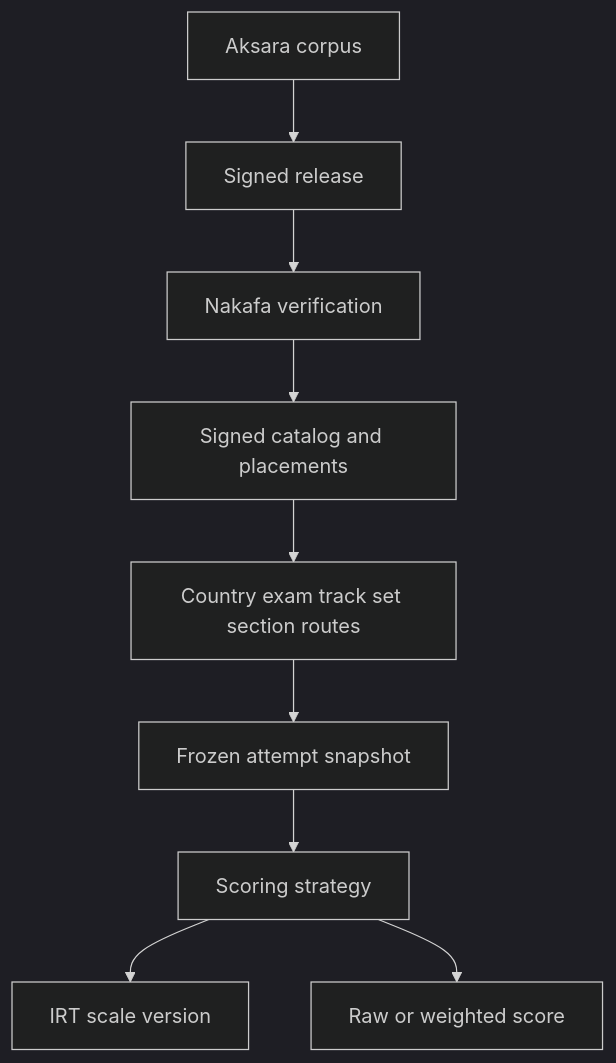
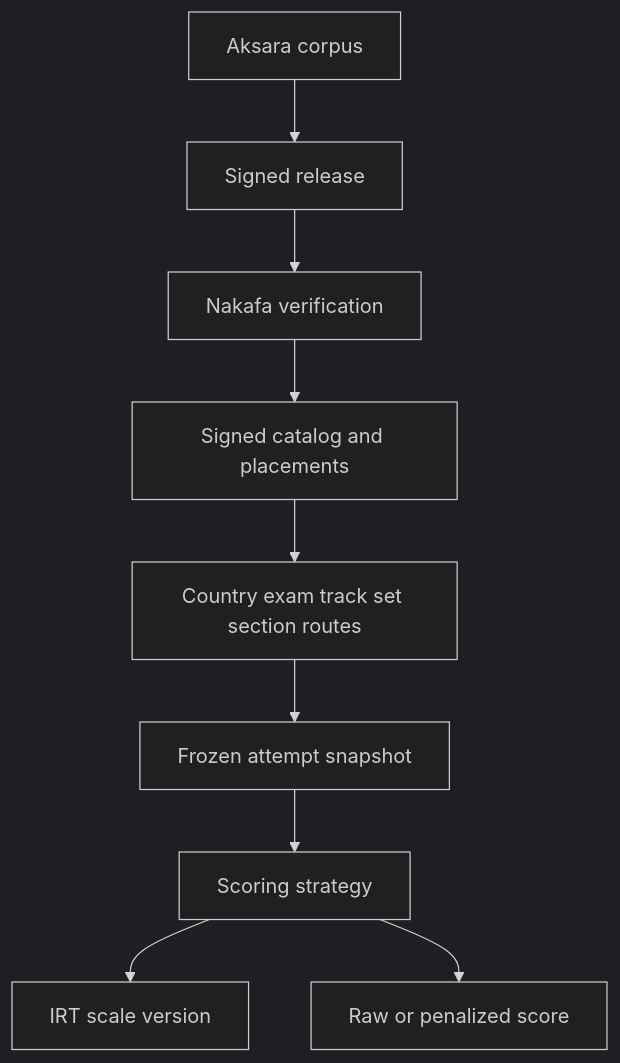
The diagram in docs/adr/0003-tryout.md (nakafaai/nakafa.com), drawn with Mermaid (dark theme) before and after one commit. The commit also changed other lines of this file and 89 other files, not shown here.

First line of the commit message:
Score short answers, rubrics, and penalized try-outs from one response module (#792)

````diff
--- a/docs/adr/0003-tryout.md
+++ b/docs/adr/0003-tryout.md
@@ -158,21 +201,21 @@
 ```mermaid
 flowchart TD
   Source["Aksara corpus"]
   Release["Signed release"]
   Verify["Nakafa verification"]
   Catalog["Signed catalog and placements"]
   Route["Country exam track set section routes"]
   Attempt["Frozen attempt snapshot"]
   Score["Scoring strategy"]
   IRT["IRT scale version"]
-  Raw["Raw or weighted score"]
+  Raw["Raw or penalized score"]
 
   Source --> Release
   Release --> Verify
   Verify --> Catalog
   Catalog --> Route
   Route --> Attempt
   Attempt --> Score
   Score --> IRT
   Score --> Raw
 ```
````
